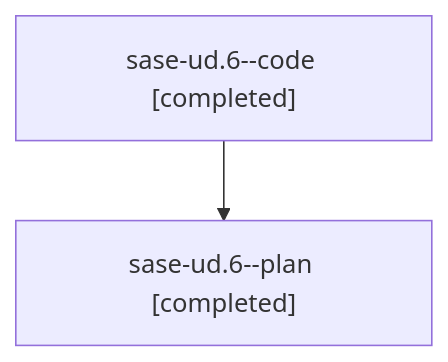
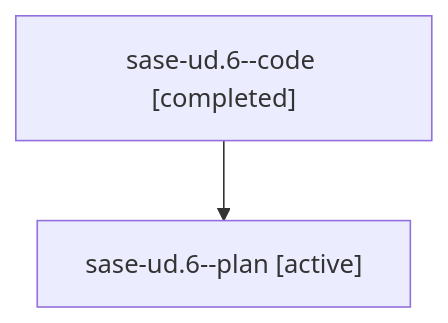
The diagram in families/bbugyi200.athena.sase-ud.6.md (sase-org/sase--agents), drawn with Mermaid before and after one commit. The commit also changed other lines of this file and 35830 other files, not shown here.

````diff
--- a/families/bbugyi200.athena.sase-ud.6.md
+++ b/families/bbugyi200.athena.sase-ud.6.md
@@ -9,6 +9,6 @@
 ```mermaid
 flowchart TD
   n0["sase-ud.6--code [completed]"]
-  n1["sase-ud.6--plan [completed]"]
+  n1["sase-ud.6--plan [active]"]
   n0 --> n1
 ```
````
